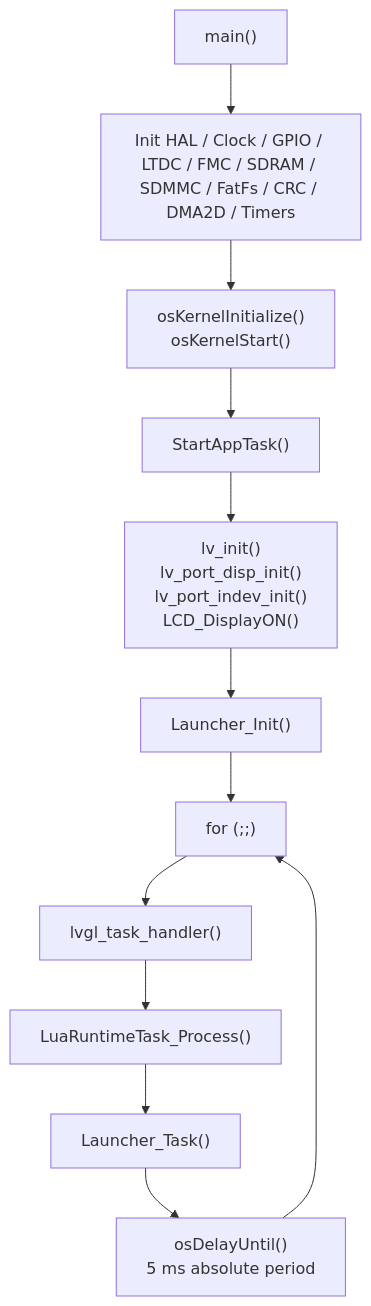
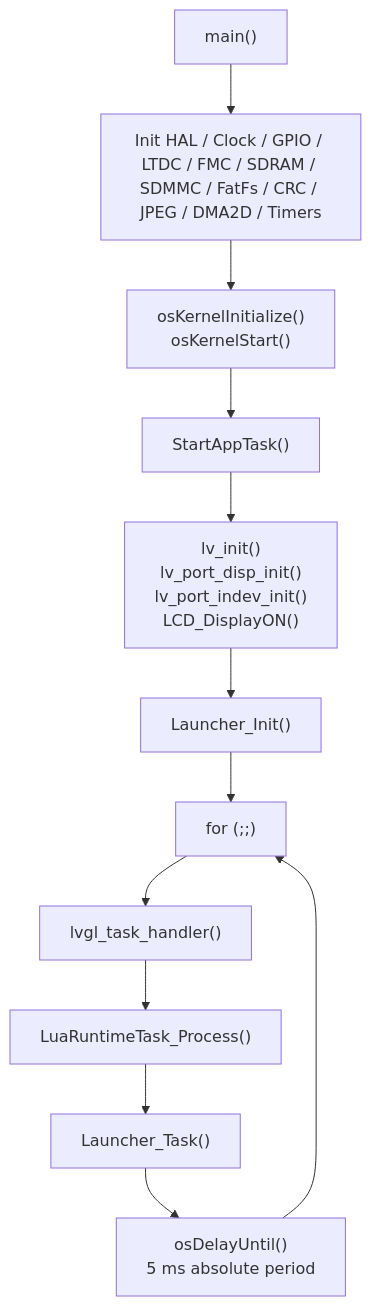
One commit to ExMikuPro/cartdesk-os changed the fifth of 7 diagrams in Docs/architecture.md. Above: the diagram before and after it, drawn with Mermaid. The commit also changed other lines of this file and 39 other files, not shown here.

````diff
--- a/Docs/architecture.md
+++ b/Docs/architecture.md
@@ -448,17 +449,17 @@
 ```mermaid
 flowchart TD
     Boot["main()"]
-    InitHW["Init HAL / Clock / GPIO / LTDC / FMC / SDRAM / SDMMC / FatFs / CRC / DMA2D / Timers"]
+    InitHW["Init HAL / Clock / GPIO / LTDC / FMC / SDRAM / SDMMC / FatFs / CRC / JPEG / DMA2D / Timers"]
     Kernel["osKernelInitialize()\nosKernelStart()"]
     Task["StartAppTask()"]
     LvInit["lv_init()\nlv_port_disp_init()\nlv_port_indev_init()\nLCD_DisplayON()"]
     LauncherInit["Launcher_Init()"]
     Loop["for (;;)"]
     Lvgl["lvgl_task_handler()"]
     LuaGate["LuaRuntimeTask_Process()"]
     LauncherTask["Launcher_Task()"]
     Delay["osDelayUntil()\n5 ms absolute period"]
 
     Boot --> InitHW --> Kernel --> Task --> LvInit --> LauncherInit --> Loop
     Loop --> Lvgl --> LuaGate --> LauncherTask --> Delay --> Loop
 ```
````
